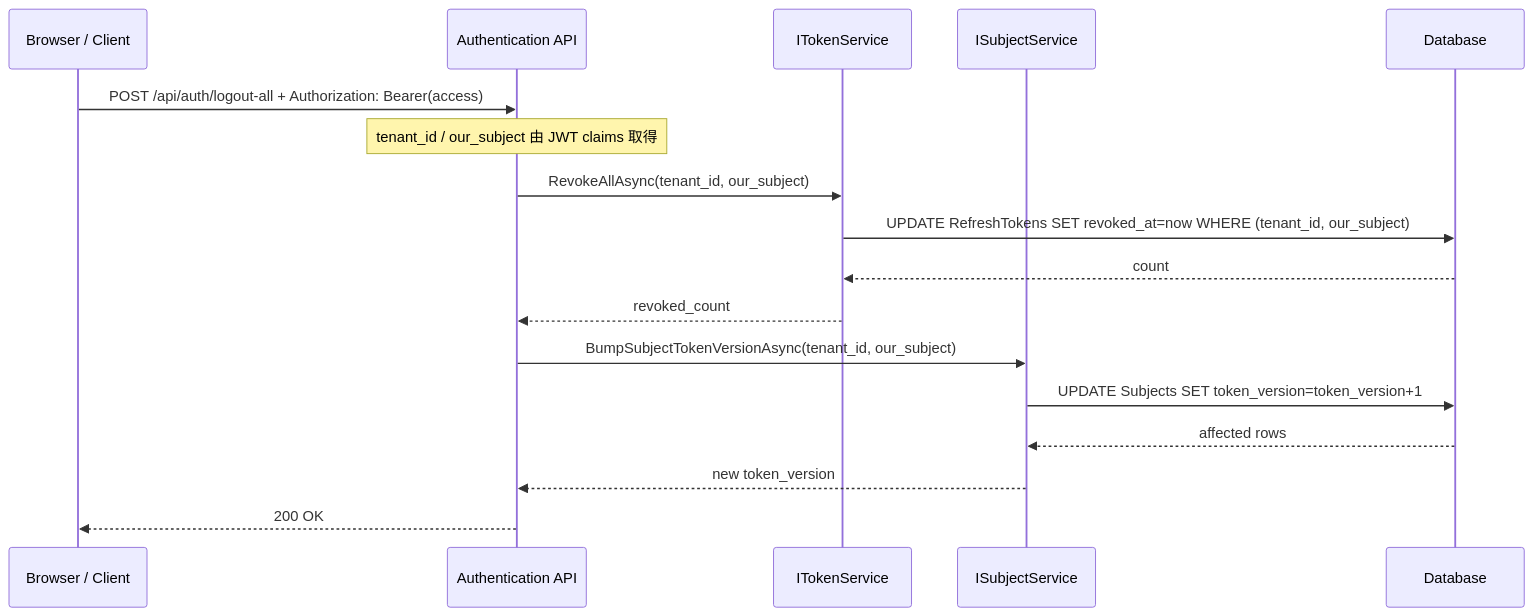
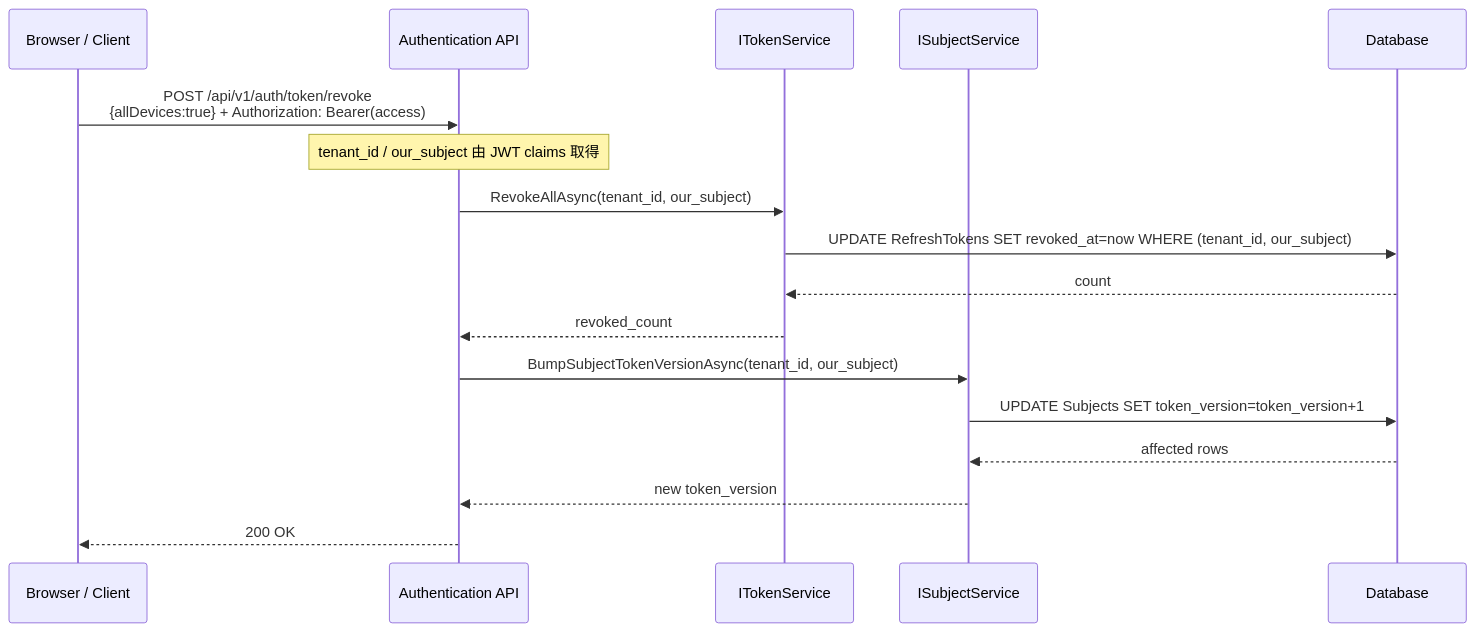
One commit to Bird73/Service changed the eighth of 12 diagrams in docs/SequenceDiagrams.md. Above: the diagram before and after it, drawn with Mermaid. The commit also changed other lines of this file and 15 other files, not shown here.

````diff
--- a/docs/SequenceDiagrams.md
+++ b/docs/SequenceDiagrams.md
@@ -273,20 +275,20 @@
 ```mermaid
 sequenceDiagram
     participant B as Browser / Client
     participant API as Authentication API
     participant TS as ITokenService
     participant SS as ISubjectService
     participant DB as Database
 
-    B->>API: POST /api/auth/logout-all + Authorization: Bearer(access)
+    B->>API: POST /api/v1/auth/token/revoke<br/>{allDevices:true} + Authorization: Bearer(access)
     note over API: tenant_id / our_subject 由 JWT claims 取得
     API->>TS: RevokeAllAsync(tenant_id, our_subject)
     TS->>DB: UPDATE RefreshTokens SET revoked_at=now WHERE (tenant_id, our_subject)
     DB-->>TS: count
     TS-->>API: revoked_count
     API->>SS: BumpSubjectTokenVersionAsync(tenant_id, our_subject)
     SS->>DB: UPDATE Subjects SET token_version=token_version+1
     DB-->>SS: affected rows
     SS-->>API: new token_version
     API-->>B: 200 OK
 ```
````
